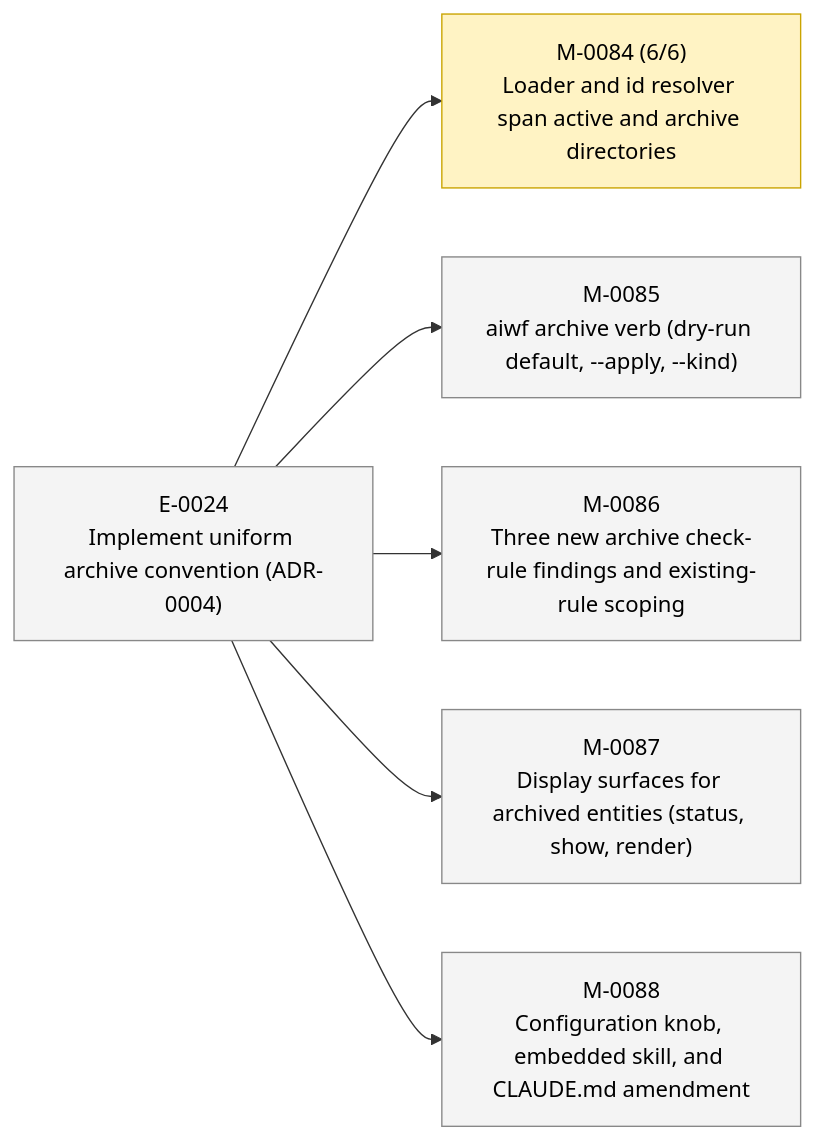
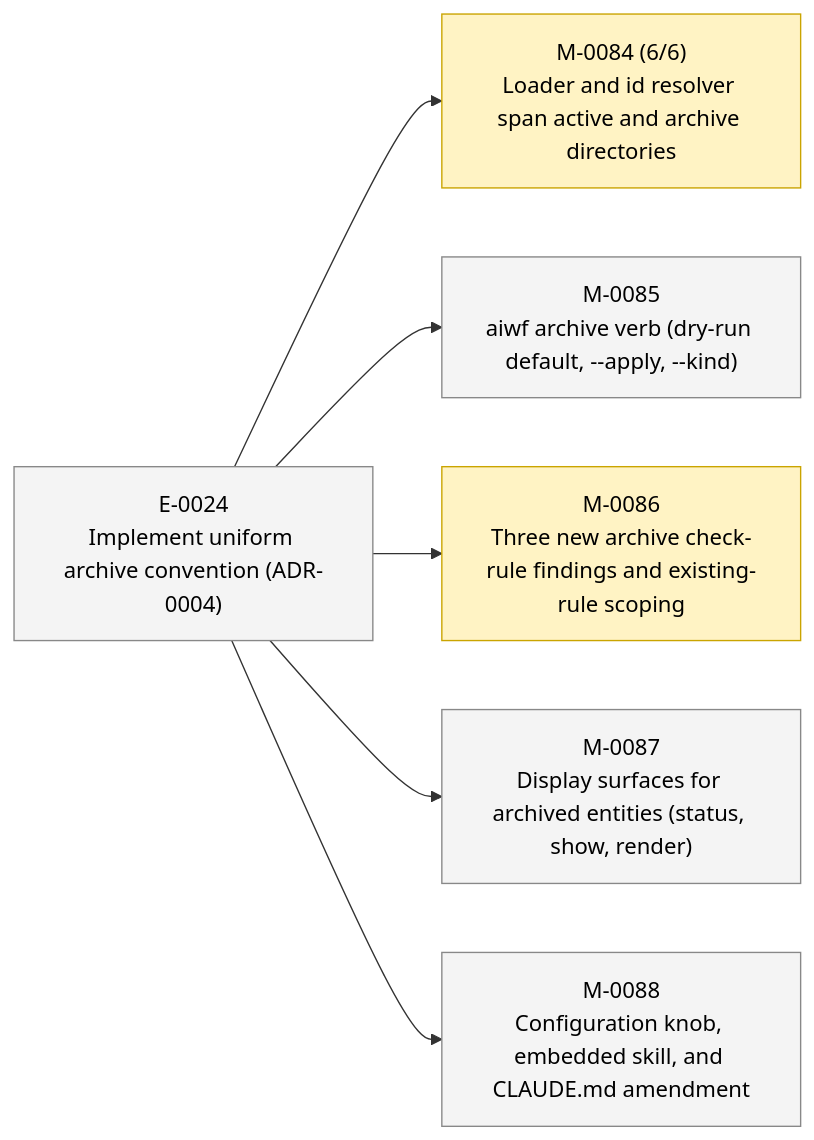
One commit to 23min/aiwf changed the second of 2 diagrams in STATUS.md. Above: the diagram before and after it, drawn with Mermaid. The commit also changed other lines of this file and 1 other file, not shown here.

First line of the commit message:
aiwf promote M-0086 draft -> in_progress

````diff
--- a/STATUS.md
+++ b/STATUS.md
@@ -49,20 +49,20 @@
 ```mermaid
 flowchart LR
   E_0024["E-0024<br/>Implement uniform archive convention (ADR-0004)"]:::epic_proposed
   M_0084["M-0084 (6/6)<br/>Loader and id resolver span active and archive directories"]:::ms_in_progress
   E_0024 --> M_0084
   M_0085["M-0085<br/>aiwf archive verb (dry-run default, --apply, --kind)"]:::ms_draft
   E_0024 --> M_0085
-  M_0086["M-0086<br/>Three new archive check-rule findings and existing-rule scoping"]:::ms_draft
+  M_0086["M-0086<br/>Three new archive check-rule findings and existing-rule scoping"]:::ms_in_progress
   E_0024 --> M_0086
   M_0087["M-0087<br/>Display surfaces for archived entities (status, show, render)"]:::ms_draft
   E_0024 --> M_0087
   M_0088["M-0088<br/>Configuration knob, embedded skill, and CLAUDE.md amendment"]:::ms_draft
   E_0024 --> M_0088
   classDef epic_active fill:#d6eaff,stroke:#1a73e8,color:#000
   classDef epic_proposed fill:#f4f4f4,stroke:#888,color:#000
   classDef ms_done fill:#d8f5d8,stroke:#2a8a2a,color:#000
   classDef ms_in_progress fill:#fff3c4,stroke:#caa400,color:#000
   classDef ms_draft fill:#f4f4f4,stroke:#888,color:#000
   classDef ms_cancelled fill:#fbeaea,stroke:#c33,color:#000
 ```
````
